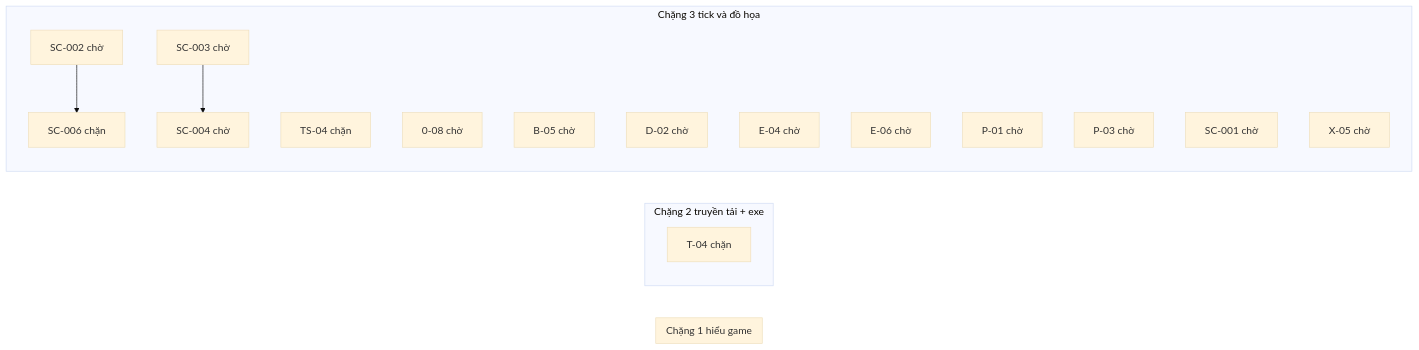
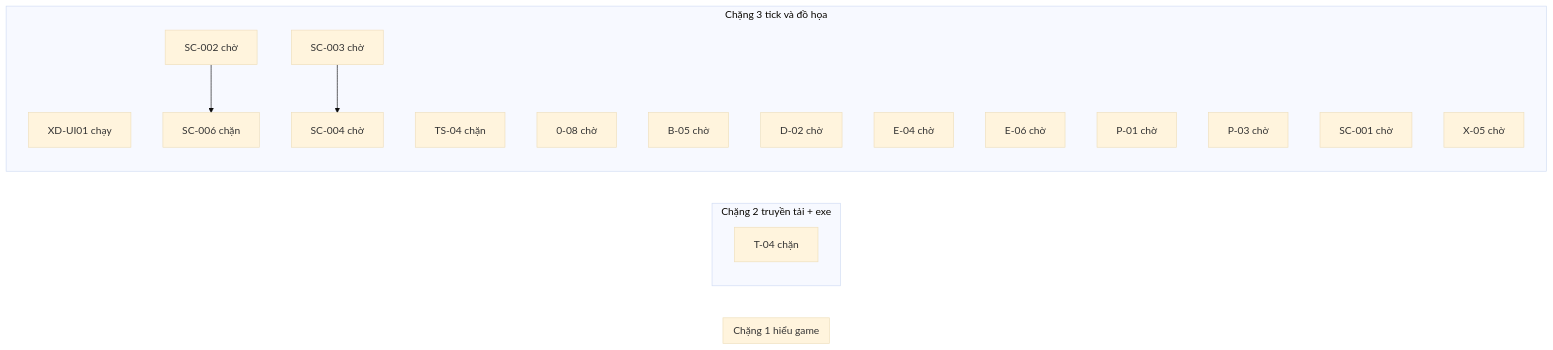
Before and after one commit to ndtangoss-dev/jx1-reports: the diagram in JX1_OPS/STATE/TIEN-DO.md, drawn with Mermaid (base theme). The commit also changed other lines of this file and 4 other files, not shown here.

````diff
--- a/JX1_OPS/STATE/TIEN-DO.md
+++ b/JX1_OPS/STATE/TIEN-DO.md
@@ -9,26 +9,27 @@
 ```mermaid
 flowchart LR
   subgraph S1["Chặng 1 hiểu game"]
   end
   subgraph S2["Chặng 2 truyền tải + exe"]
     T_04["T-04 chặn"]
   end
   subgraph S3["Chặng 3 tick và đồ họa"]
+    XD_UI01["XD-UI01 chạy"]
     SC_006["SC-006 chặn"]
     TS_04["TS-04 chặn"]
     0_08["0-08 chờ"]
     B_05["B-05 chờ"]
     D_02["D-02 chờ"]
     E_04["E-04 chờ"]
     E_06["E-06 chờ"]
     P_01["P-01 chờ"]
     P_03["P-03 chờ"]
     SC_001["SC-001 chờ"]
     SC_002["SC-002 chờ"]
     SC_003["SC-003 chờ"]
     SC_004["SC-004 chờ"]
     X_05["X-05 chờ"]
   end
   SC_002 --> SC_006
   SC_003 --> SC_004
 ```
````
